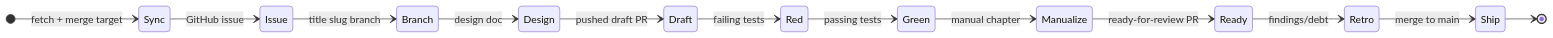
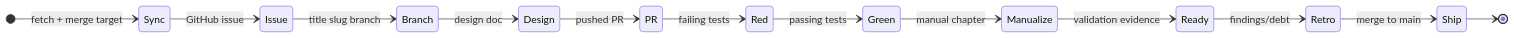
Before and after one commit to flyingrobots/warp-ttd: the diagram in METHOD.md, drawn with Mermaid. The commit also changed other lines of this file and 15 other files, not shown here.

````diff
--- a/METHOD.md
+++ b/METHOD.md
@@ -49,16 +49,16 @@
 ```mermaid
 stateDiagram-v2
     direction LR
     [*] --> Sync: fetch + merge target
     Sync --> Issue: GitHub issue
     Issue --> Branch: title slug branch
     Branch --> Design: design doc
-    Design --> Draft: pushed draft PR
-    Draft --> Red: failing tests
+    Design --> PR: pushed PR
+    PR --> Red: failing tests
     Red --> Green: passing tests
     Green --> Manualize: manual chapter
-    Manualize --> Ready: ready-for-review PR
+    Manualize --> Ready: validation evidence
     Ready --> Retro: findings/debt
     Retro --> Ship: merge to main
     Ship --> [*]
 ```
````
